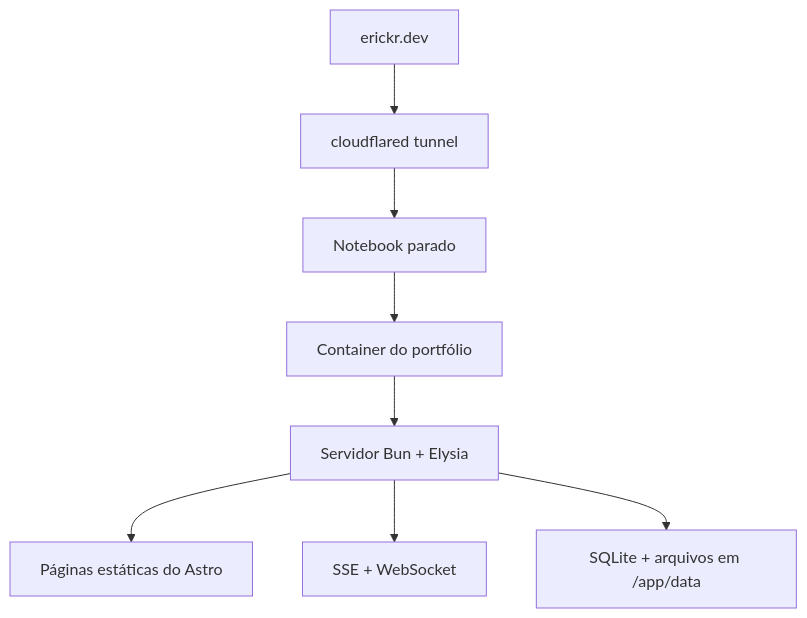
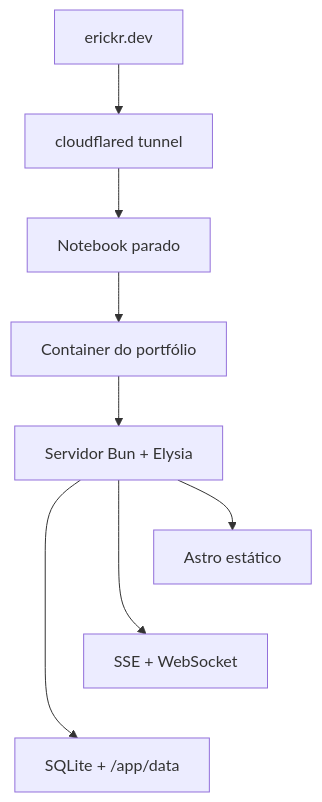
Before and after one commit to ErickCReis/ErickCReis: the first of 2 diagrams in web/content/blog/rewriting-my-portfolio-for-self-hosting.pt-BR.mdx, drawn with Mermaid. The commit also changed other lines of this file and 21 other files, not shown here.

First line of the commit message:
Improve Mermaid diagram readability across blog posts

````diff
--- a/web/content/blog/rewriting-my-portfolio-for-self-hosting.pt-BR.mdx
+++ b/web/content/blog/rewriting-my-portfolio-for-self-hosting.pt-BR.mdx
@@ -35,10 +35,11 @@
 ```mermaid
 flowchart TB
   Domain["erickr.dev"] --> Tunnel["cloudflared tunnel"]
   Tunnel --> Host["Notebook parado"]
   Host --> Container["Container do portfólio"]
   Container --> Server["Servidor Bun + Elysia"]
-  Server --> Static["Páginas estáticas do Astro"]
+  Server --> Static["Astro estático"]
   Server --> Live["SSE + WebSocket"]
-  Server --> Data["SQLite + arquivos em /app/data"]
+  Server --> Data["SQLite + /app/data"]
+  Static ~~~ Live ~~~ Data
 ```
````
